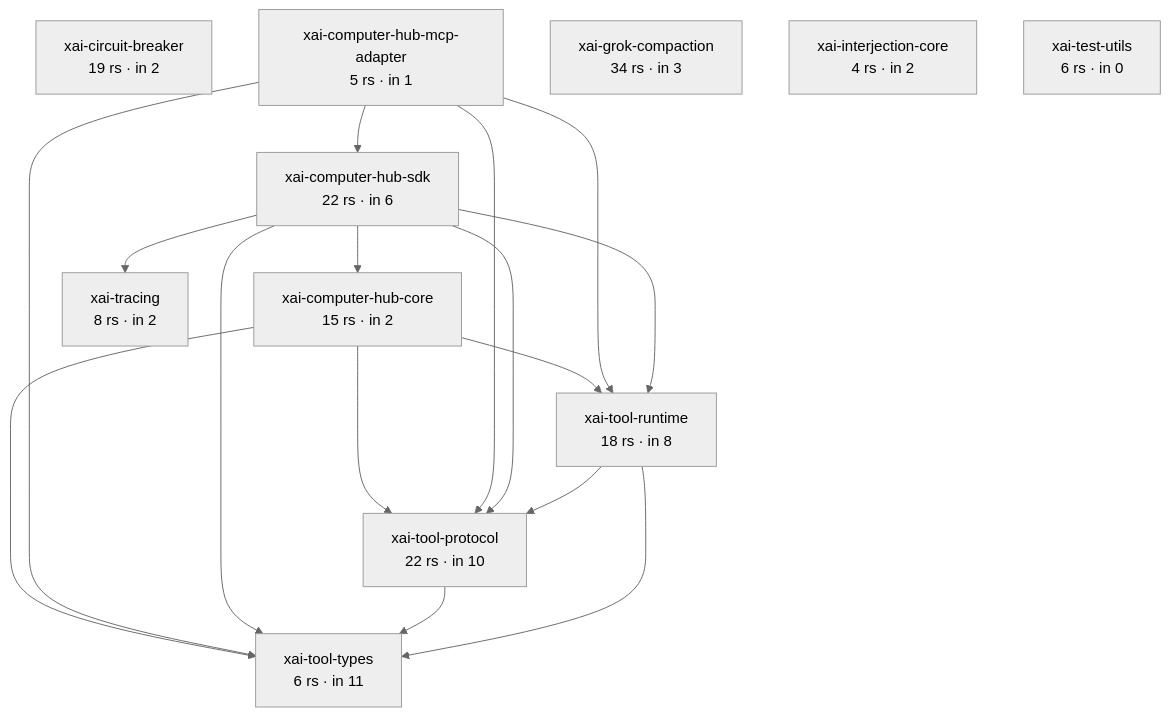
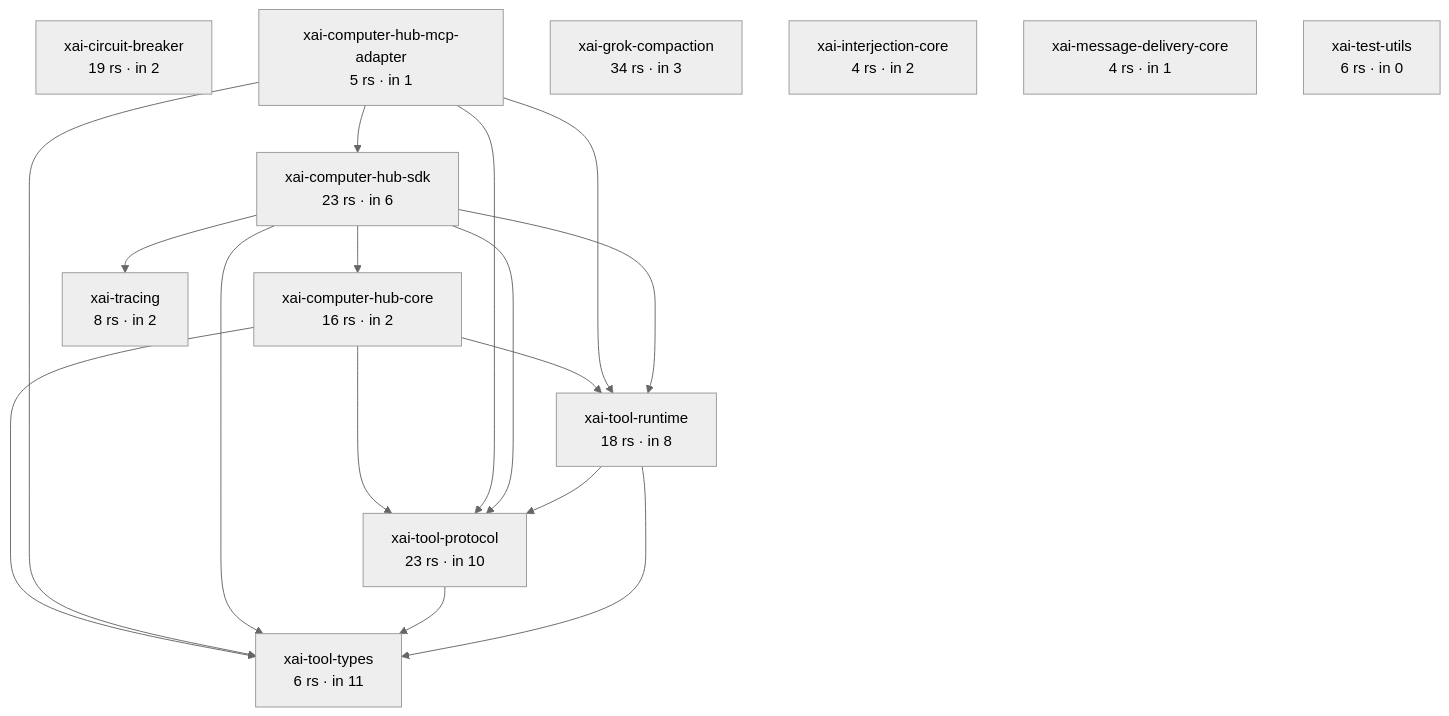
One commit to 2686521696/WhyBuddy changed the third of 5 diagrams in docs/grok-build 架构图（自动生成）.md. Above: the diagram before and after it, drawn with Mermaid (neutral theme). The commit also changed other lines of this file and 1 other file, not shown here.

First line of the commit message:
重新生成四份架构图：grok 对照物换到当前 rev，Python 图补上新边。

````diff
--- a/docs/grok-build 架构图（自动生成）.md
+++ b/docs/grok-build 架构图（自动生成）.md
@@ -214,29 +216,30 @@
 ```mermaid
 flowchart TB
   c_xai_circuit_breaker["xai-circuit-breaker<br/>19 rs · in 2"]
-  c_xai_computer_hub_core["xai-computer-hub-core<br/>15 rs · in 2"]
+  c_xai_computer_hub_core["xai-computer-hub-core<br/>16 rs · in 2"]
   c_xai_computer_hub_mcp_adapter["xai-computer-hub-mcp-adapter<br/>5 rs · in 1"]
-  c_xai_computer_hub_sdk["xai-computer-hub-sdk<br/>22 rs · in 6"]
+  c_xai_computer_hub_sdk["xai-computer-hub-sdk<br/>23 rs · in 6"]
   c_xai_grok_compaction["xai-grok-compaction<br/>34 rs · in 3"]
   c_xai_interjection_core["xai-interjection-core<br/>4 rs · in 2"]
+  c_xai_message_delivery_core["xai-message-delivery-core<br/>4 rs · in 1"]
   c_xai_test_utils["xai-test-utils<br/>6 rs · in 0"]
-  c_xai_tool_protocol["xai-tool-protocol<br/>22 rs · in 10"]
+  c_xai_tool_protocol["xai-tool-protocol<br/>23 rs · in 10"]
   c_xai_tool_runtime["xai-tool-runtime<br/>18 rs · in 8"]
   c_xai_tool_types["xai-tool-types<br/>6 rs · in 11"]
   c_xai_tracing["xai-tracing<br/>8 rs · in 2"]
   c_xai_computer_hub_core --> c_xai_tool_protocol
   c_xai_computer_hub_core --> c_xai_tool_runtime
   c_xai_computer_hub_core --> c_xai_tool_types
   c_xai_computer_hub_mcp_adapter --> c_xai_computer_hub_sdk
   c_xai_computer_hub_mcp_adapter --> c_xai_tool_protocol
   c_xai_computer_hub_mcp_adapter --> c_xai_tool_runtime
   c_xai_computer_hub_mcp_adapter --> c_xai_tool_types
   c_xai_computer_hub_sdk --> c_xai_computer_hub_core
   c_xai_computer_hub_sdk --> c_xai_tool_protocol
   c_xai_computer_hub_sdk --> c_xai_tool_runtime
   c_xai_computer_hub_sdk --> c_xai_tool_types
   c_xai_computer_hub_sdk --> c_xai_tracing
   c_xai_tool_protocol --> c_xai_tool_types
   c_xai_tool_runtime --> c_xai_tool_protocol
   c_xai_tool_runtime --> c_xai_tool_types
 ```
````
